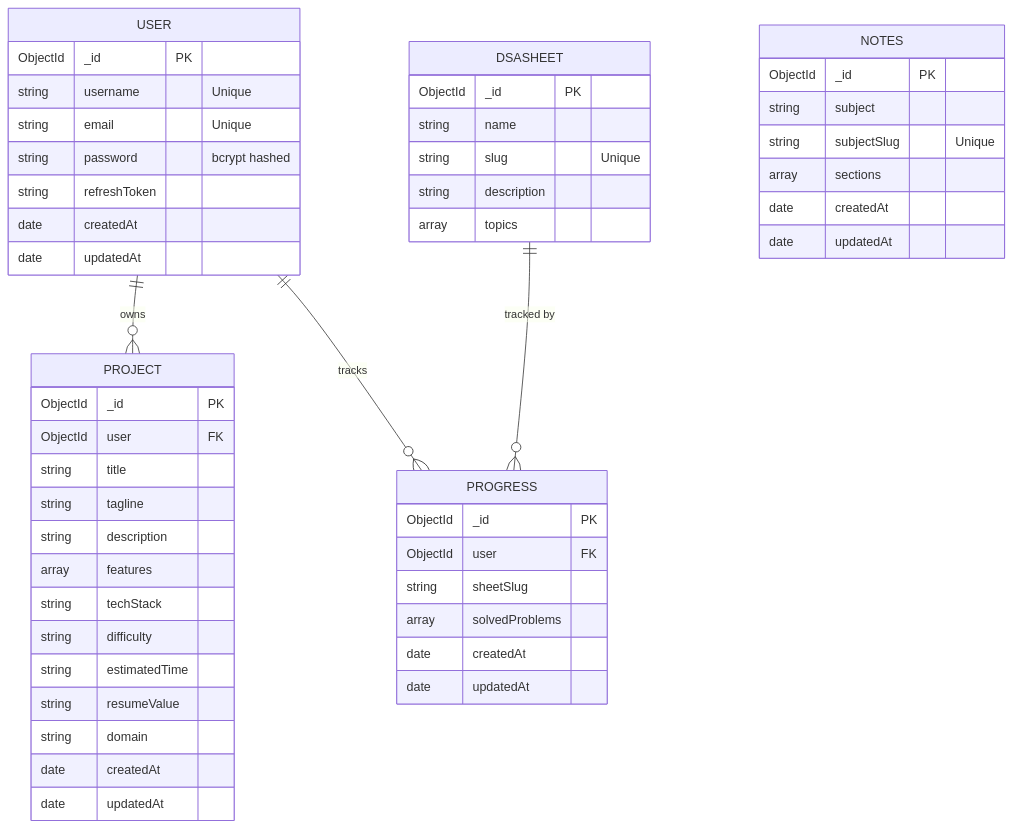
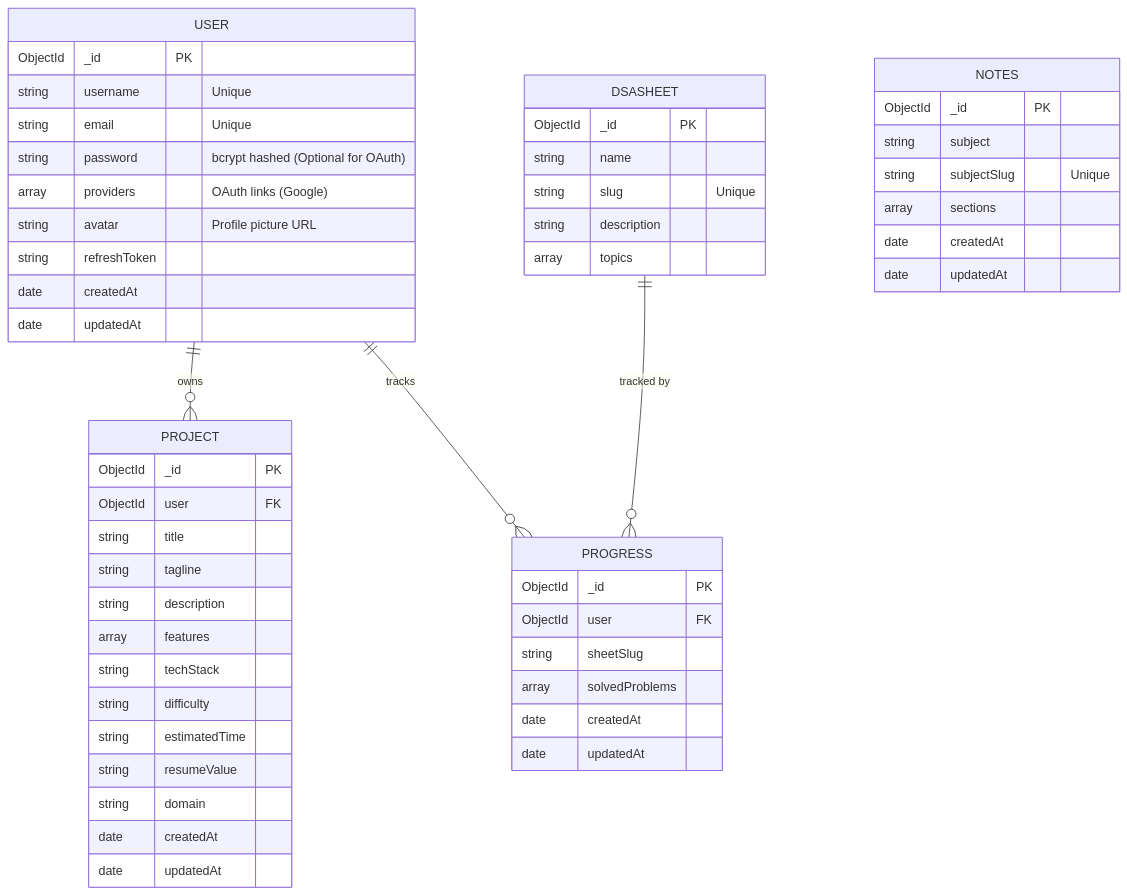
Before and after one commit to SahilSameer18/prepstack: the fourth of 4 diagrams in README.md, drawn with Mermaid. The commit also changed other lines of this file, not shown here.

````diff
--- a/README.md
+++ b/README.md
@@ -260,58 +270,60 @@
 ```mermaid
 erDiagram
     USER {
         ObjectId _id PK
         string username "Unique"
         string email "Unique"
-        string password "bcrypt hashed"
+        string password "bcrypt hashed (Optional for OAuth)"
+        array providers "OAuth links (Google)"
+        string avatar "Profile picture URL"
         string refreshToken
         date createdAt
         date updatedAt
     }
 
     PROJECT {
         ObjectId _id PK
         ObjectId user FK
         string title
         string tagline
         string description
         array features
         string techStack
         string difficulty
         string estimatedTime
         string resumeValue
         string domain
         date createdAt
         date updatedAt
     }
 
     DSASHEET {
         ObjectId _id PK
         string name
         string slug "Unique"
         string description
         array topics
     }
 
     PROGRESS {
         ObjectId _id PK
         ObjectId user FK
         string sheetSlug
         array solvedProblems
         date createdAt
         date updatedAt
     }
 
     NOTES {
         ObjectId _id PK
         string subject
         string subjectSlug "Unique"
         array sections
         date createdAt
         date updatedAt
     }
 
     USER ||--o{ PROJECT : "owns"
     USER ||--o{ PROGRESS : "tracks"
     DSASHEET ||--o{ PROGRESS : "tracked by"
 ```
````
